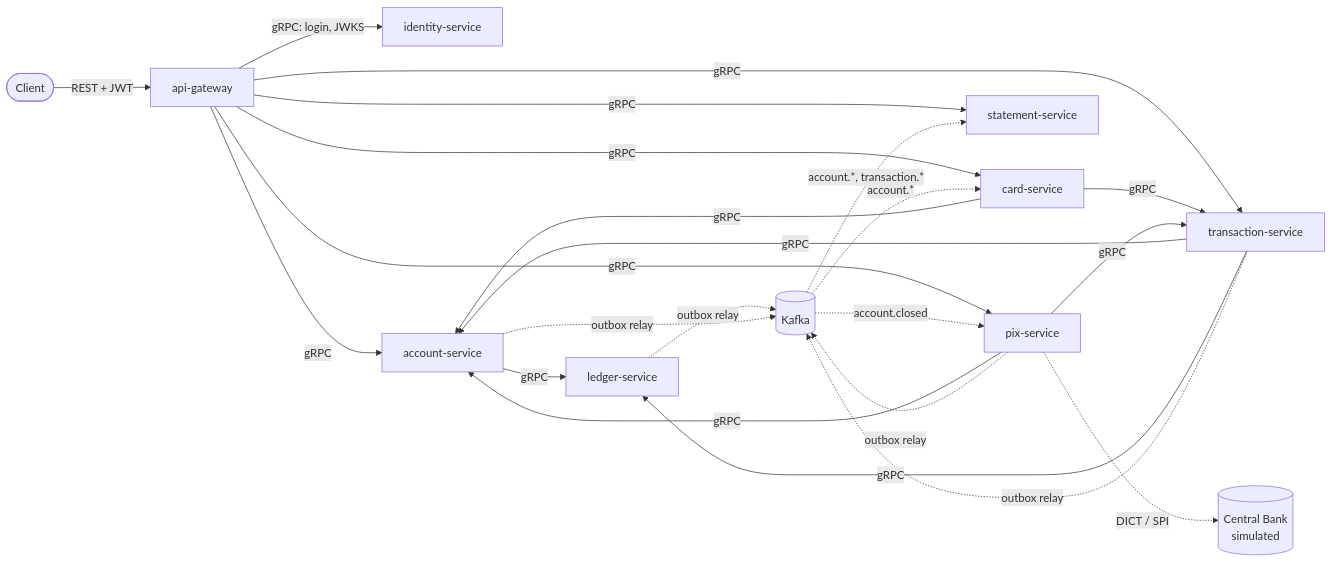
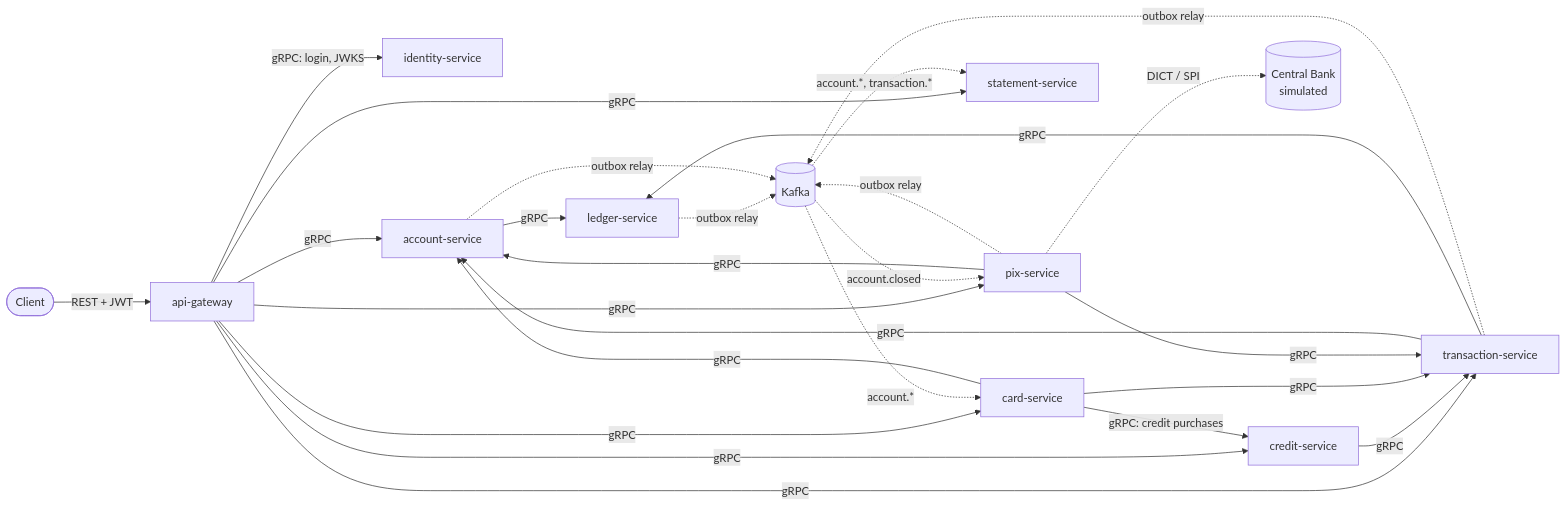
One commit to ViniciusMicarelli/digital-bank-platform changed the diagram in README.md. Above: the diagram before and after it, drawn with Mermaid. The commit also changed other lines of this file and 54 other files, not shown here.

First line of the commit message:
feat(credit): credit-service and the card credit function

````diff
--- a/README.md
+++ b/README.md
@@ -16,23 +16,26 @@
 ```mermaid
 flowchart LR
     C([Client]) -->|REST + JWT| GW[api-gateway]
     GW -->|gRPC: login, JWKS| IDN[identity-service]
     GW -->|gRPC| ACC[account-service]
     GW -->|gRPC| TRX[transaction-service]
     GW -->|gRPC| PIX[pix-service]
     GW -->|gRPC| STM[statement-service]
     GW -->|gRPC| CRD[card-service]
+    GW -->|gRPC| CRE[credit-service]
+    CRD -->|gRPC: credit purchases| CRE
+    CRE -->|gRPC| TRX
     CRD -->|gRPC| TRX
     CRD -->|gRPC| ACC
     PIX -->|gRPC| TRX
     PIX -->|gRPC| ACC
     PIX -.->|DICT / SPI| BCB[(Central Bank<br/>simulated)]
     TRX -->|gRPC| ACC
     TRX -->|gRPC| LED[ledger-service]
     ACC -->|gRPC| LED
 
     LED & ACC & TRX & PIX -.->|outbox relay| K[(Kafka)]
     K -.->|account.*, transaction.*| STM
     K -.->|account.closed| PIX
     K -.->|account.*| CRD
 ```
````
